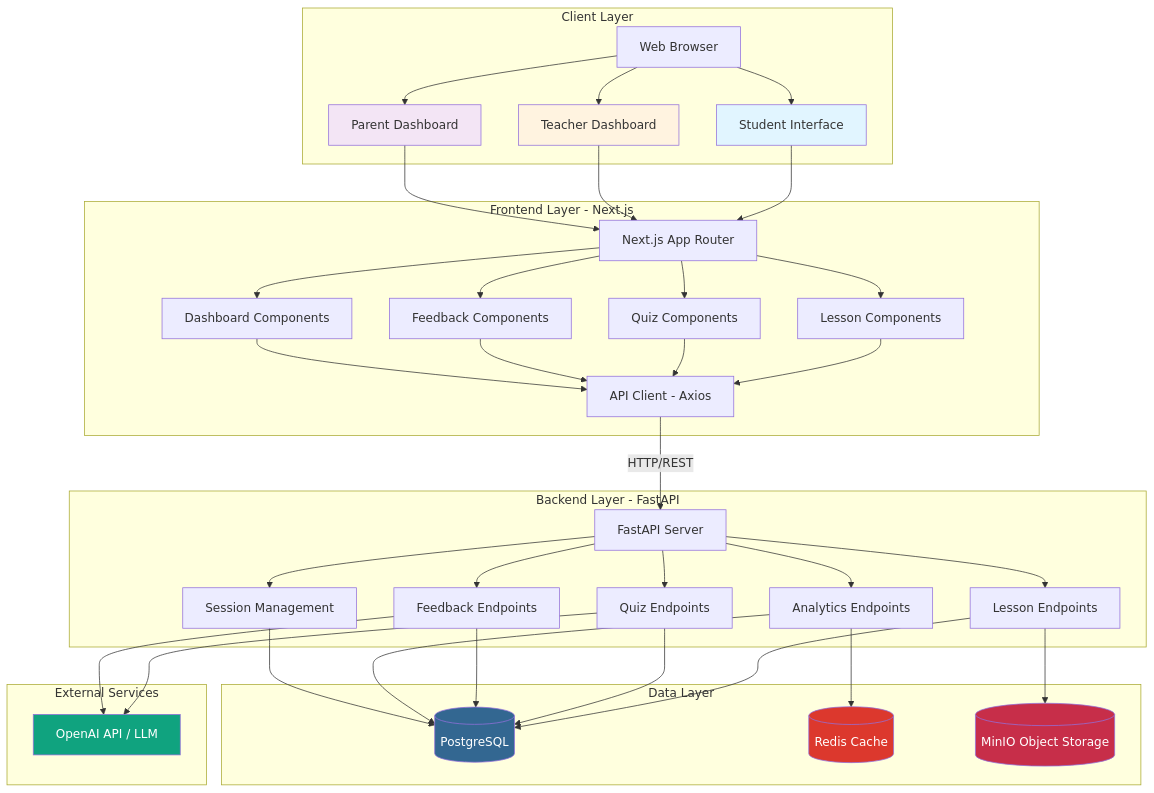
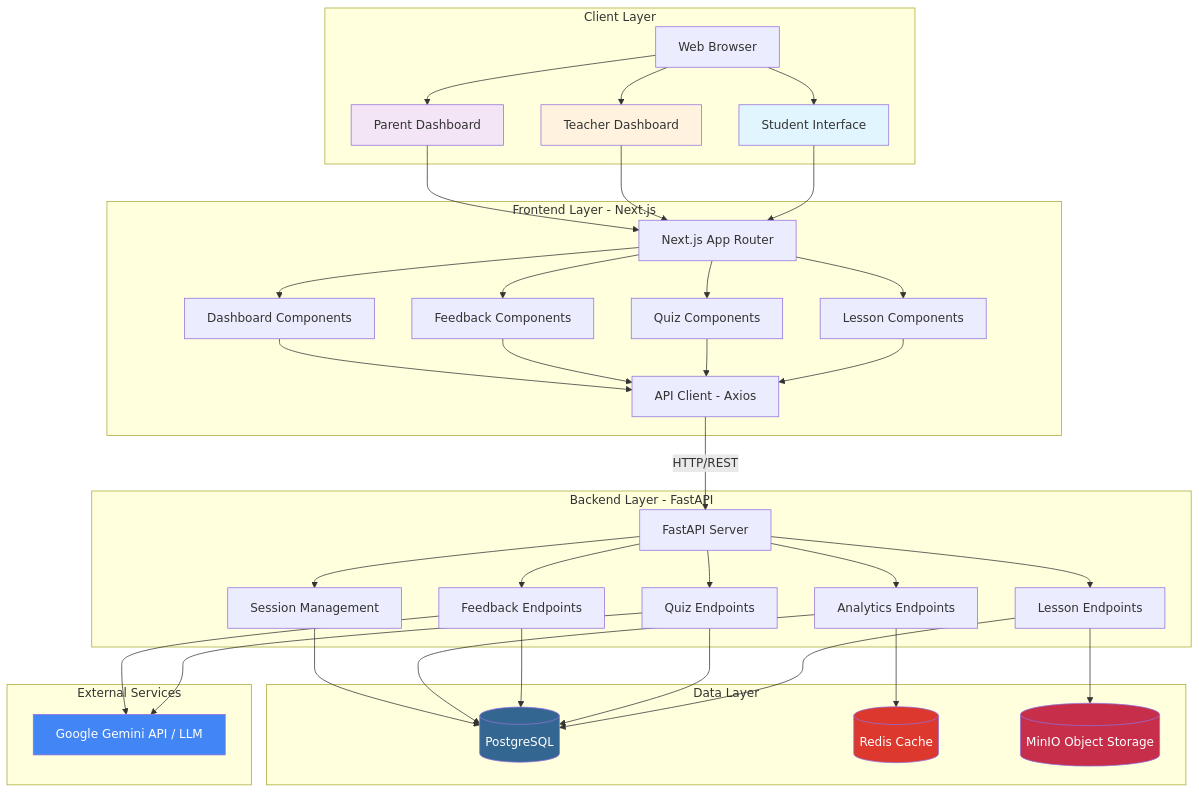
Before and after one commit to gautamthampy/cmpe295-lumo: the first of 17 diagrams in docs/DIAGRAMS.md, drawn with Mermaid. The commit also changed other lines of this file, not shown here.

Commit message:
Update DIAGRAMS.md to replace references from OpenAI API to Google Gemini API, reflecting changes in external service integrations and updating associated styles.

````diff
--- a/docs/DIAGRAMS.md
+++ b/docs/DIAGRAMS.md
@@ -18,82 +18,82 @@
 ```mermaid
 graph TB
     subgraph "Client Layer"
         Browser[Web Browser]
         Student[Student Interface]
         Teacher[Teacher Dashboard]
         Parent[Parent Dashboard]
     end
 
     subgraph "Frontend Layer - Next.js"
         NextJS[Next.js App Router]
         LessonUI[Lesson Components]
         QuizUI[Quiz Components]
         FeedbackUI[Feedback Components]
         DashboardUI[Dashboard Components]
         APIClient[API Client - Axios]
     end
 
     subgraph "Backend Layer - FastAPI"
         FastAPI[FastAPI Server]
         LessonAPI[Lesson Endpoints]
         QuizAPI[Quiz Endpoints]
         FeedbackAPI[Feedback Endpoints]
         AnalyticsAPI[Analytics Endpoints]
         SessionAPI[Session Management]
     end
 
     subgraph "Data Layer"
         PostgreSQL[(PostgreSQL)]
         Redis[(Redis Cache)]
         MinIO[(MinIO Object Storage)]
     end
 
     subgraph "External Services"
-        OpenAI[OpenAI API / LLM]
+        Gemini[Google Gemini API / LLM]
     end
 
     Browser --> Student
     Browser --> Teacher
     Browser --> Parent
     Student --> NextJS
     Teacher --> NextJS
     Parent --> NextJS
     
     NextJS --> LessonUI
     NextJS --> QuizUI
     NextJS --> FeedbackUI
     NextJS --> DashboardUI
     
     LessonUI --> APIClient
     QuizUI --> APIClient
     FeedbackUI --> APIClient
     DashboardUI --> APIClient
     
     APIClient -->|HTTP/REST| FastAPI
     
     FastAPI --> LessonAPI
     FastAPI --> QuizAPI
     FastAPI --> FeedbackAPI
     FastAPI --> AnalyticsAPI
     FastAPI --> SessionAPI
     
     LessonAPI --> PostgreSQL
     QuizAPI --> PostgreSQL
     FeedbackAPI --> PostgreSQL
     AnalyticsAPI --> PostgreSQL
     SessionAPI --> PostgreSQL
     
-    QuizAPI --> OpenAI
-    FeedbackAPI --> OpenAI
+    QuizAPI --> Gemini
+    FeedbackAPI --> Gemini
     
     LessonAPI --> MinIO
     AnalyticsAPI --> Redis
     
     style Student fill:#e1f5ff
     style Teacher fill:#fff3e0
     style Parent fill:#f3e5f5
     style PostgreSQL fill:#336791,color:#fff
     style Redis fill:#dc382d,color:#fff
     style MinIO fill:#c72e49,color:#fff
-    style OpenAI fill:#10a37f,color:#fff
+    style Gemini fill:#4285f4,color:#fff
 ```
````
